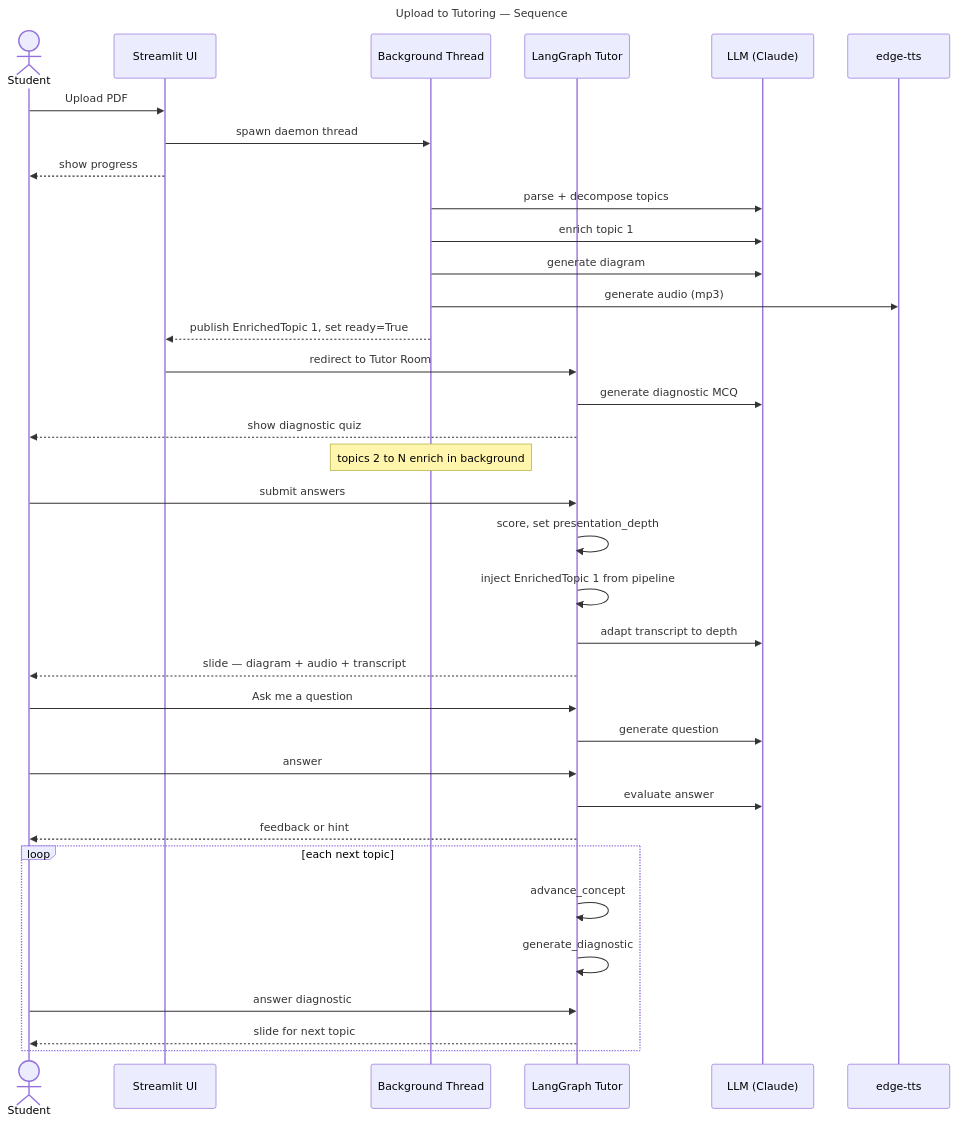
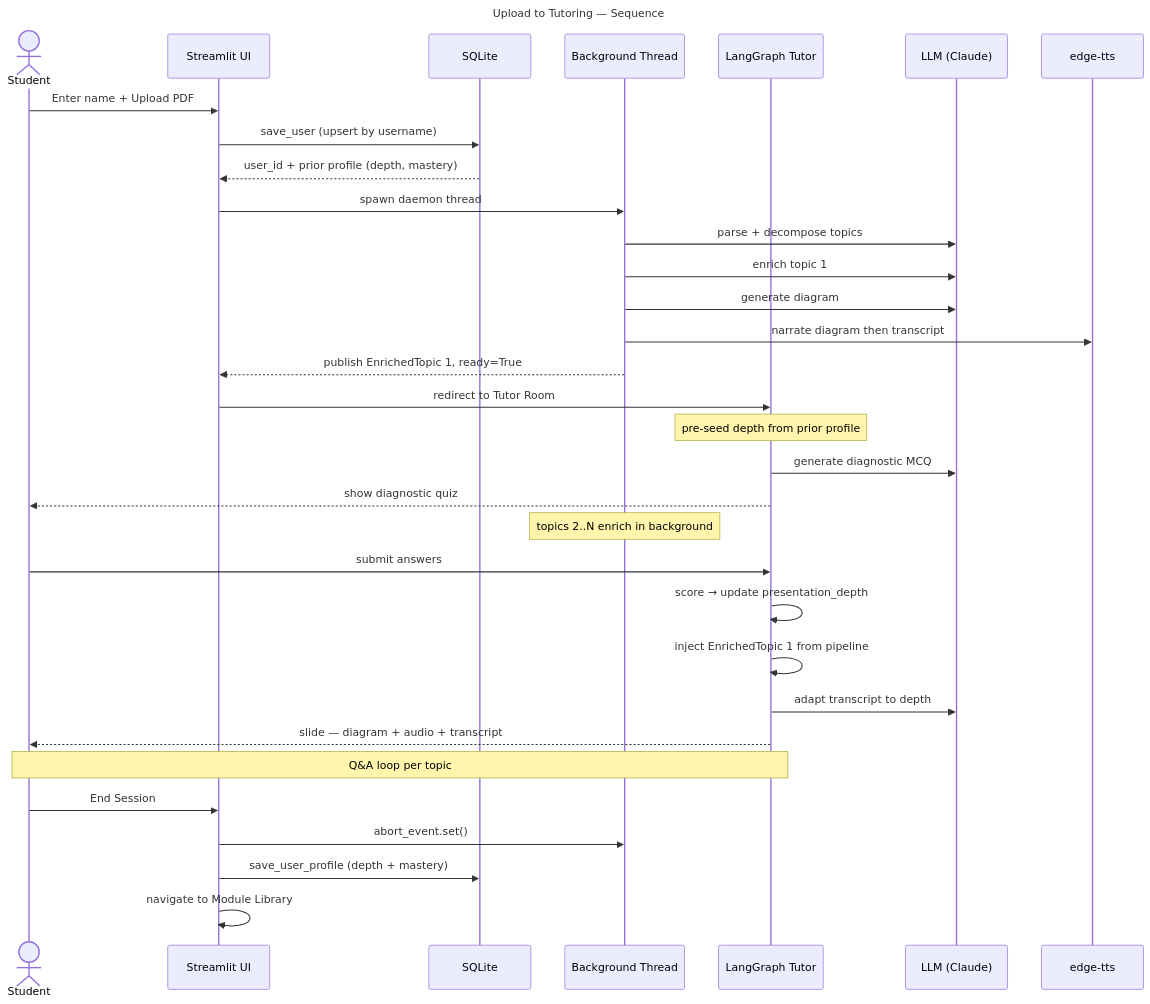
One commit to bijesh-p/deepl-ai-tutor changed the first of 7 diagrams in ARCHITECTURE.md. Above: the diagram before and after it, drawn with Mermaid. The commit also changed other lines of this file and 6 other files, not shown here.

First line of the commit message:
[Phase 14] Personalised tutor: user profiles, abort on exit, diagram-aware audio

````diff
--- a/ARCHITECTURE.md
+++ b/ARCHITECTURE.md
@@ -12,47 +12,44 @@
 ```mermaid
 ---
 title: Upload to Tutoring — Sequence
 ---
 sequenceDiagram
     actor Student
     participant UI as Streamlit UI
+    participant DB as SQLite
     participant BG as Background Thread
     participant LG as LangGraph Tutor
     participant LLM as LLM (Claude)
     participant TTS as edge-tts
 
-    Student->>UI: Upload PDF
+    Student->>UI: Enter name + Upload PDF
+    UI->>DB: save_user (upsert by username)
+    DB-->>UI: user_id + prior profile (depth, mastery)
+
     UI->>BG: spawn daemon thread
-    UI-->>Student: show progress
-
     BG->>LLM: parse + decompose topics
     BG->>LLM: enrich topic 1
     BG->>LLM: generate diagram
-    BG->>TTS: generate audio (mp3)
-    BG-->>UI: publish EnrichedTopic 1, set ready=True
+    BG->>TTS: narrate diagram then transcript
+    BG-->>UI: publish EnrichedTopic 1, ready=True
 
     UI->>LG: redirect to Tutor Room
+    Note over LG: pre-seed depth from prior profile
     LG->>LLM: generate diagnostic MCQ
     LG-->>Student: show diagnostic quiz
 
-    Note over BG: topics 2 to N enrich in background
+    Note over BG: topics 2..N enrich in background
 
     Student->>LG: submit answers
-    LG->>LG: score, set presentation_depth
+    LG->>LG: score → update presentation_depth
     LG->>LG: inject EnrichedTopic 1 from pipeline
     LG->>LLM: adapt transcript to depth
     LG-->>Student: slide — diagram + audio + transcript
 
-    Student->>LG: Ask me a question
-    LG->>LLM: generate question
-    Student->>LG: answer
-    LG->>LLM: evaluate answer
-    LG-->>Student: feedback or hint
+    Note over Student,LG: Q&A loop per topic
 
-    loop each next topic
-        LG->>LG: advance_concept
-        LG->>LG: generate_diagnostic
-        Student->>LG: answer diagnostic
-        LG-->>Student: slide for next topic
-    end
+    Student->>UI: End Session
+    UI->>BG: abort_event.set()
+    UI->>DB: save_user_profile (depth + mastery)
+    UI->>UI: navigate to Module Library
 ```
````
